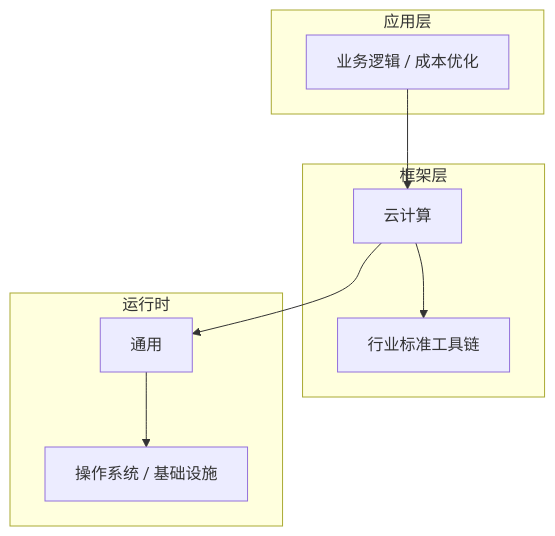
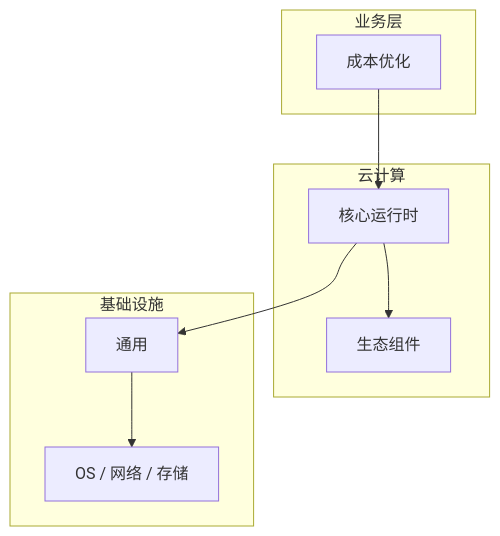
One commit to yanggan2015/knowledge-json-v2 changed the diagram in articles/云计算/chapters/053-成本优化核心概念与原理.md. Above: the diagram before and after it, drawn with Mermaid. The commit also changed other lines of this file and 10127 other files, not shown here.

````diff
--- a/articles/云计算/chapters/053-成本优化核心概念与原理.md
+++ b/articles/云计算/chapters/053-成本优化核心概念与原理.md
@@ -45,18 +34,18 @@
 ```mermaid
 graph TB
-    subgraph 应用层
-        A[业务逻辑 / 成本优化]
+    subgraph 业务层
+        A[成本优化]
     end
-    subgraph 框架层
-        B[云计算]
-        C[行业标准工具链]
+    subgraph 云计算
+        B[核心运行时]
+        C[生态组件]
     end
-    subgraph 运行时
+    subgraph 基础设施
         D[通用]
-        E[操作系统 / 基础设施]
+        E[OS / 网络 / 存储]
     end
     A --> B
     B --> C
     B --> D
     D --> E
 ```
````
